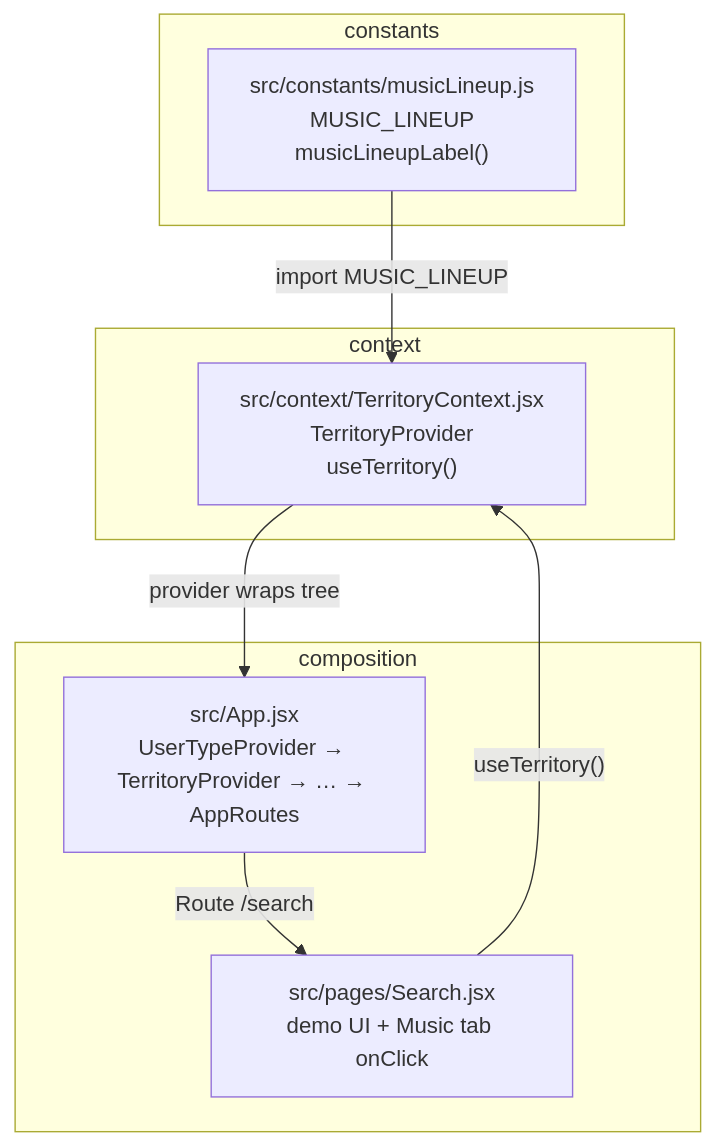
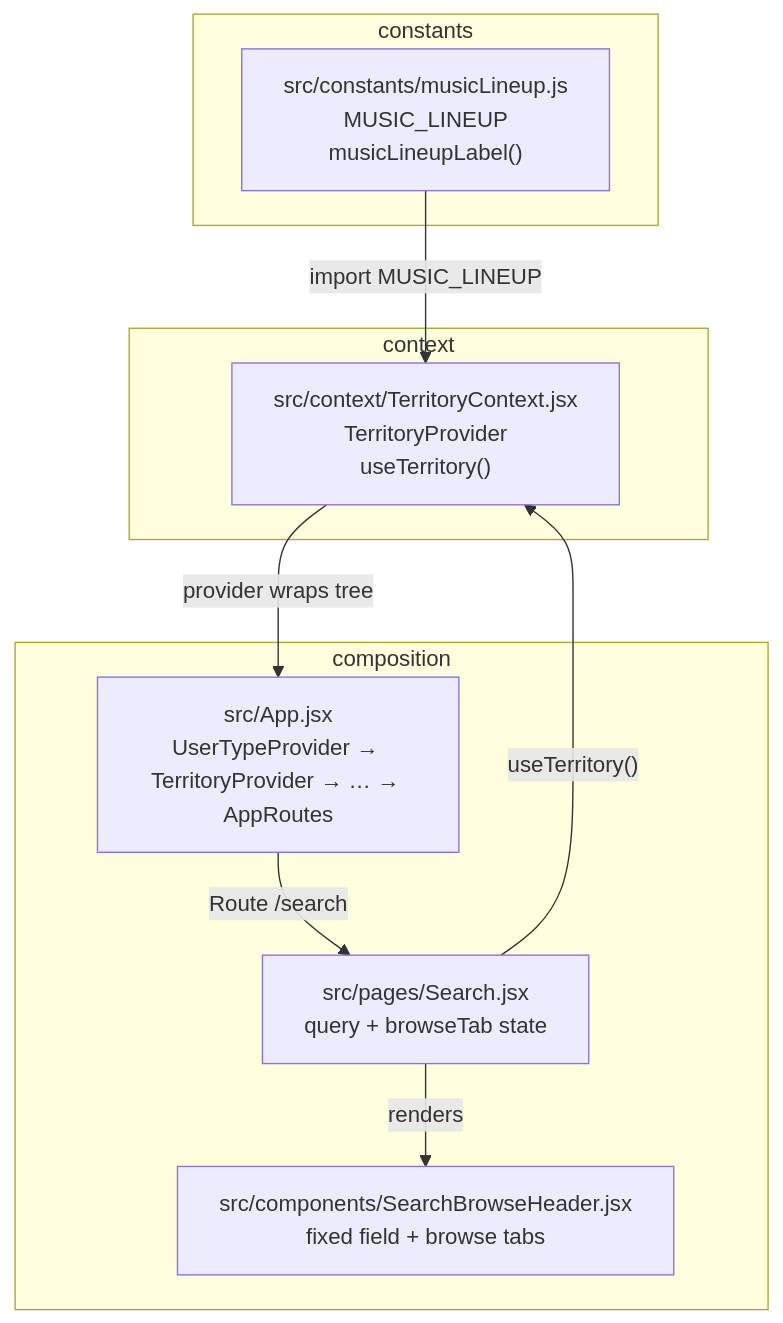
Before and after one commit to rvd2pwipwip/sm-mpr-mobile-prototype: the diagram in docs/Tutorials/Music-lineup-tutorial.md, drawn with Mermaid. The commit also changed other lines of this file and 15 other files, not shown here.

````diff
--- a/docs/Tutorials/Music-lineup-tutorial.md
+++ b/docs/Tutorials/Music-lineup-tutorial.md
@@ -24,20 +24,22 @@
 ```mermaid
 flowchart TB
   subgraph constants
     ML["src/constants/musicLineup.js<br/>MUSIC_LINEUP<br/>musicLineupLabel()"]
   end
 
   subgraph context
     TC["src/context/TerritoryContext.jsx<br/>TerritoryProvider<br/>useTerritory()"]
   end
 
   subgraph composition
     AP["src/App.jsx<br/>UserTypeProvider → TerritoryProvider → … → AppRoutes"]
-    SR["src/pages/Search.jsx<br/>demo UI + Music tab onClick"]
+    SBH["src/components/SearchBrowseHeader.jsx<br/>fixed field + browse tabs"]
+    SR["src/pages/Search.jsx<br/>query + browseTab state"]
   end
 
   ML -->|"import MUSIC_LINEUP"| TC
   TC -->|"provider wraps tree"| AP
   AP -->|"Route /search"| SR
+  SR -->|"renders"| SBH
   SR -->|"useTerritory()"| TC
 ```
````
